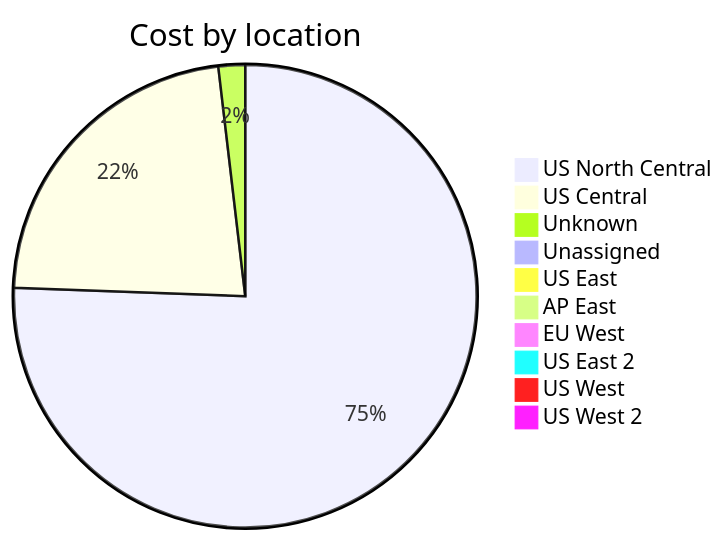
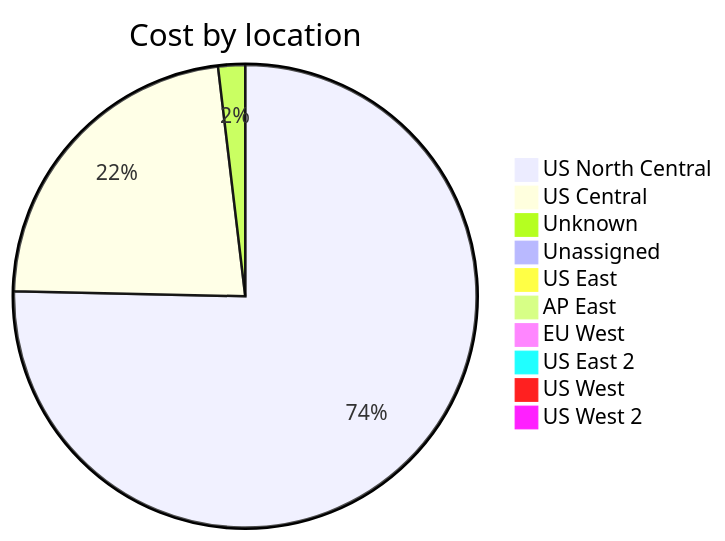
Before and after one commit to jpfulton/azure-personal-reports: the third of 4 diagrams in cost-reports/accumulated-cost.md, drawn with Mermaid. The commit also changed other lines of this file and 4 other files, not shown here.

````diff
--- a/cost-reports/accumulated-cost.md
+++ b/cost-reports/accumulated-cost.md
@@ -130,14 +130,14 @@
 ```mermaid
 pie
    title Cost by location
-   "US North Central" : 33.68
-   "US Central" : 10.05
-   "Unknown" : 0.83
-   "Unassigned" : 0.41
-   "US East" : 0.18
+   "US North Central" : 35.23
+   "US Central" : 10.65
+   "Unknown" : 0.88
+   "Unassigned" : 0.43
+   "US East" : 0.19
    "AP East" : 0.00
    "EU West" : 0.00
    "US East 2" : 0.00
    "US West" : 0.00
    "US West 2" : 0.00
 ```
````
